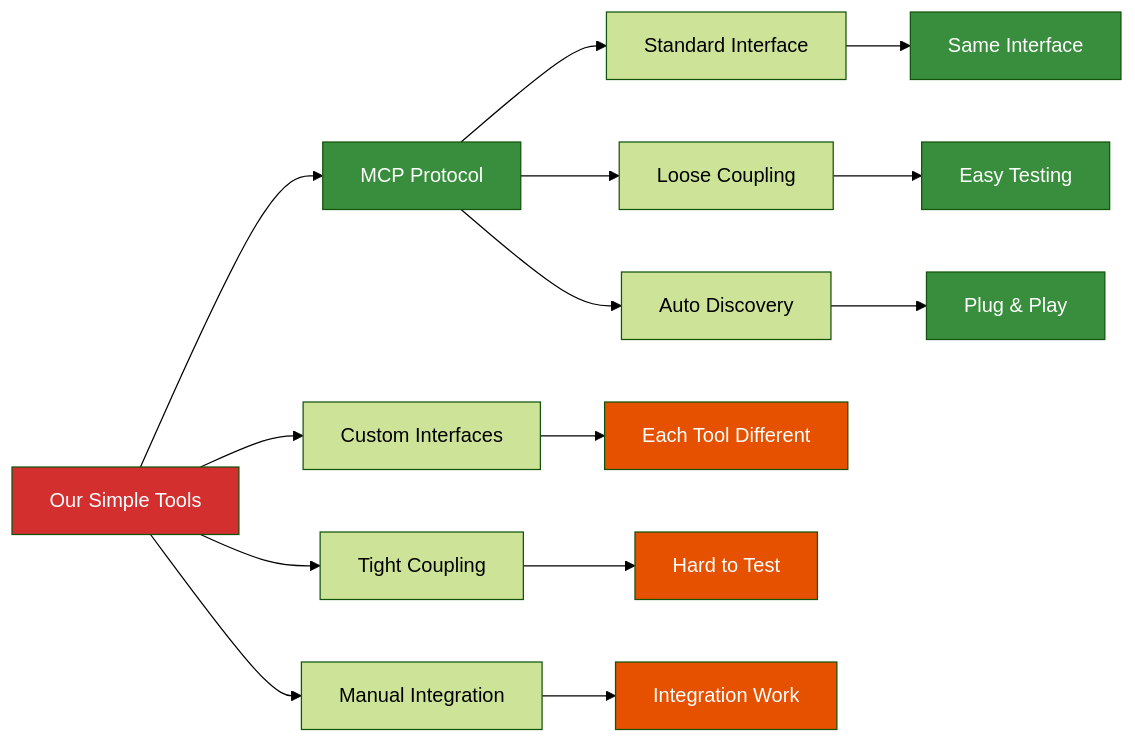
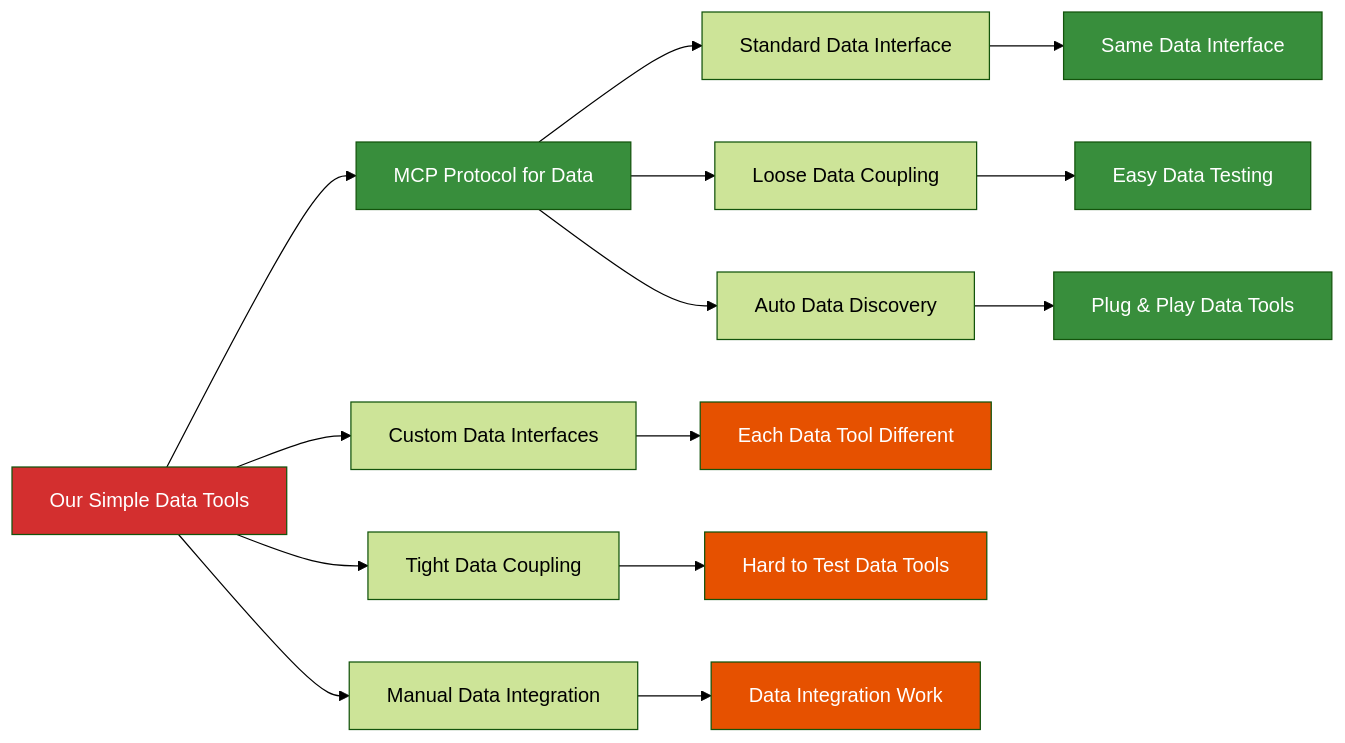
Before and after one commit to fwornle/agentic-ai-nano: diagram 15 of 15 in docs-content/01_frameworks/Session1_ModuleD_Coding_Assistant_Case_Study.md, drawn with Mermaid (forest theme). The commit also changed other lines of this file and 18 other files, not shown here.

````diff
--- a/docs-content/01_frameworks/Session1_ModuleD_Coding_Assistant_Case_Study.md
+++ b/docs-content/01_frameworks/Session1_ModuleD_Coding_Assistant_Case_Study.md
@@ -962,29 +993,29 @@
 ```mermaid
 graph LR
-    OUR[Our Simple Tools] --> MCP[MCP Protocol]
+    OUR[Our Simple Data Tools] --> MCP[MCP Protocol for Data]
     
-    OUR --> CUSTOM[Custom Interfaces]
-    OUR --> TIGHT[Tight Coupling]
-    OUR --> MANUAL[Manual Integration]
+    OUR --> CUSTOM[Custom Data Interfaces]
+    OUR --> TIGHT[Tight Data Coupling]
+    OUR --> MANUAL[Manual Data Integration]
     
-    MCP --> STANDARD[Standard Interface] 
-    MCP --> LOOSE[Loose Coupling]
-    MCP --> AUTO[Auto Discovery]
+    MCP --> STANDARD[Standard Data Interface] 
+    MCP --> LOOSE[Loose Data Coupling]
+    MCP --> AUTO[Auto Data Discovery]
     
-    CUSTOM --> PROBLEM1[Each Tool Different]
-    TIGHT --> PROBLEM2[Hard to Test]
-    MANUAL --> PROBLEM3[Integration Work]
+    CUSTOM --> PROBLEM1[Each Data Tool Different]
+    TIGHT --> PROBLEM2[Hard to Test Data Tools]
+    MANUAL --> PROBLEM3[Data Integration Work]
     
-    STANDARD --> SOLUTION1[Same Interface]
-    LOOSE --> SOLUTION2[Easy Testing]
-    AUTO --> SOLUTION3[Plug & Play]
+    STANDARD --> SOLUTION1[Same Data Interface]
+    LOOSE --> SOLUTION2[Easy Data Testing]
+    AUTO --> SOLUTION3[Plug & Play Data Tools]
     
     style OUR fill:#D32F2F,color:#ffffff
     style MCP fill:#388E3C,color:#ffffff
     style PROBLEM1 fill:#E65100,color:#ffffff
     style PROBLEM2 fill:#E65100,color:#ffffff
     style PROBLEM3 fill:#E65100,color:#ffffff
     style SOLUTION1 fill:#388E3C,color:#ffffff
     style SOLUTION2 fill:#388E3C,color:#ffffff
     style SOLUTION3 fill:#388E3C,color:#ffffff
 ```
````
